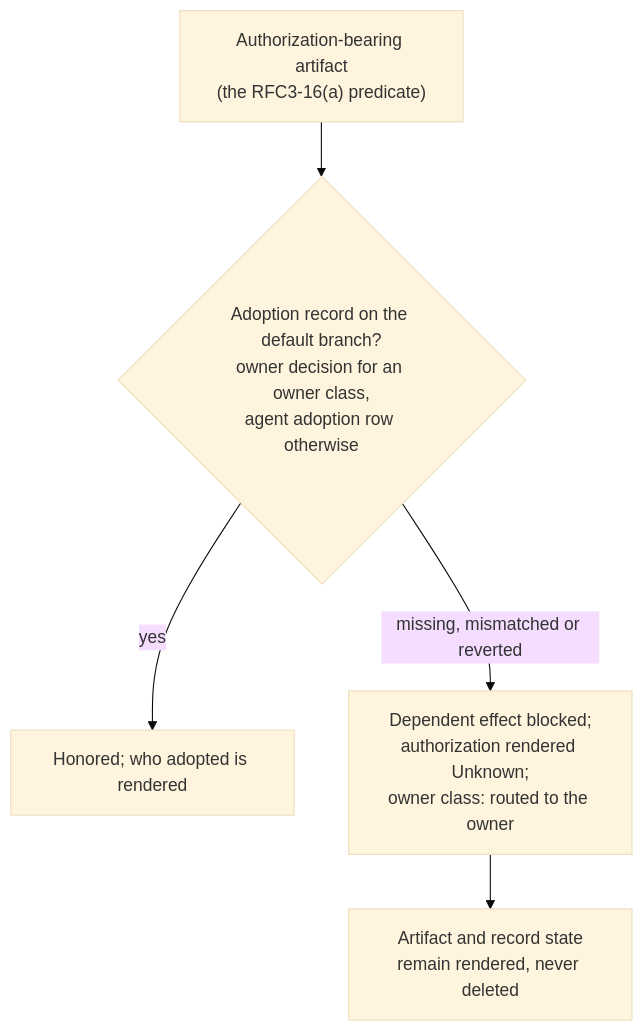
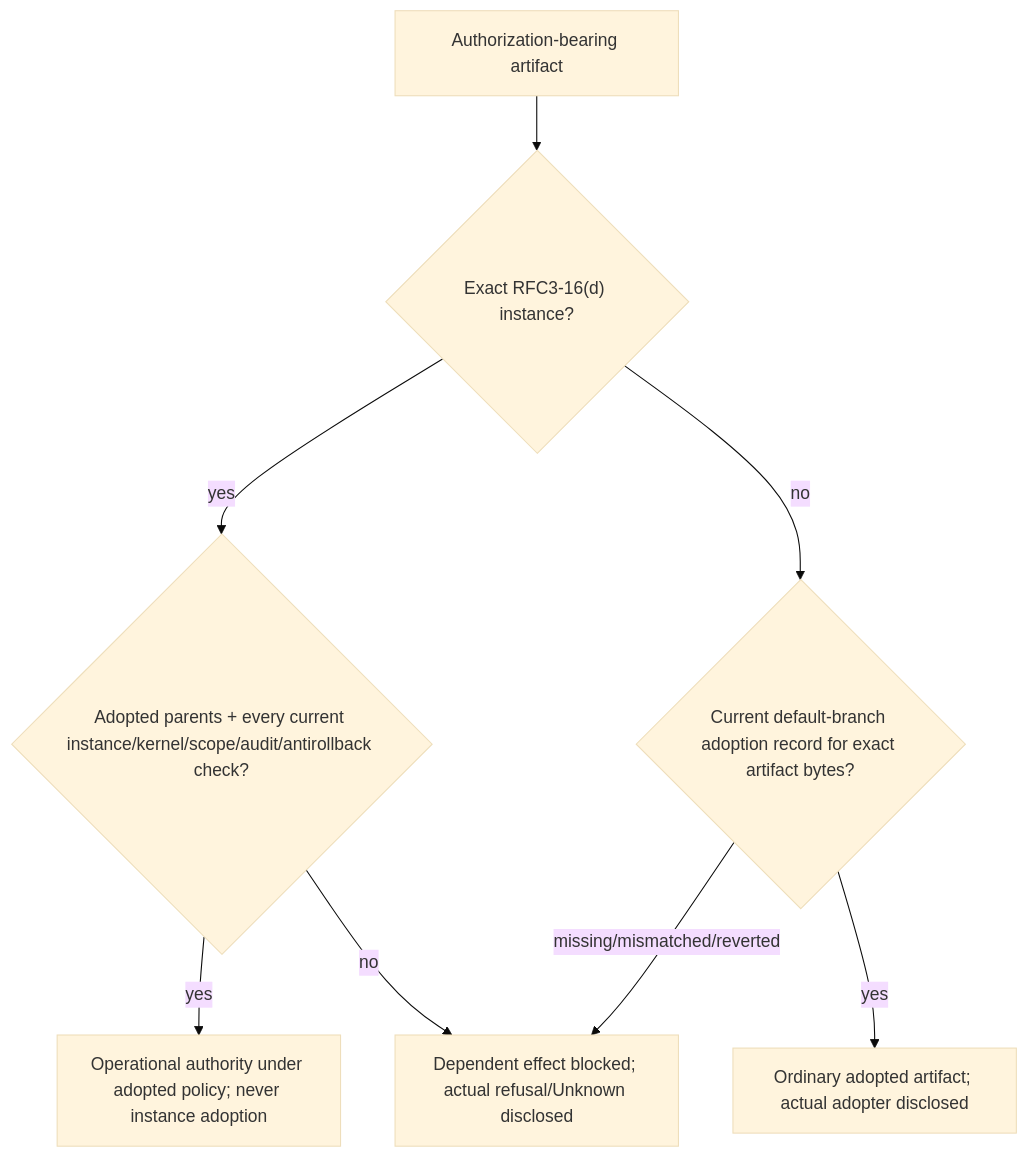
Before and after one commit to tzeusy-org/syzygy: the first of 2 diagrams in .syzygy/governance/contracts/rfcs/RFC-0003/governance-homes-and-owner-acts.md, drawn with Mermaid (base theme). The commit also changed other lines of this file and 44 other files, not shown here.

````diff
--- a/.syzygy/governance/contracts/rfcs/RFC-0003/governance-homes-and-owner-acts.md
+++ b/.syzygy/governance/contracts/rfcs/RFC-0003/governance-homes-and-owner-acts.md
@@ -307,7 +308,10 @@
 ```mermaid
 flowchart TD
-    A["Authorization-bearing artifact<br/>(the RFC3-16(a) predicate)"] --> Q{"Adoption record on the default branch?<br/>owner decision for an owner class,<br/>agent adoption row otherwise"}
-    Q -->|"yes"| H["Honored; who adopted is rendered"]
-    Q -->|"missing, mismatched or reverted"| B["Dependent effect blocked;<br/>authorization rendered Unknown;<br/>owner class: routed to the owner"]
-    B --> R["Artifact and record state<br/>remain rendered, never deleted"]
+    A["Authorization-bearing artifact"] --> C{"Exact RFC3-16(d) instance?"}
+    C -->|"yes"| D{"Adopted parents + every current instance/kernel/scope/audit/antirollback check?"}
+    C -->|"no"| Q{"Current default-branch adoption record for exact artifact bytes?"}
+    D -->|"yes"| H["Operational authority under adopted policy; never instance adoption"]
+    Q -->|"yes"| J["Ordinary adopted artifact; actual adopter disclosed"]
+    D -->|"no"| B["Dependent effect blocked; actual refusal/Unknown disclosed"]
+    Q -->|"missing/mismatched/reverted"| B
 ```
````
